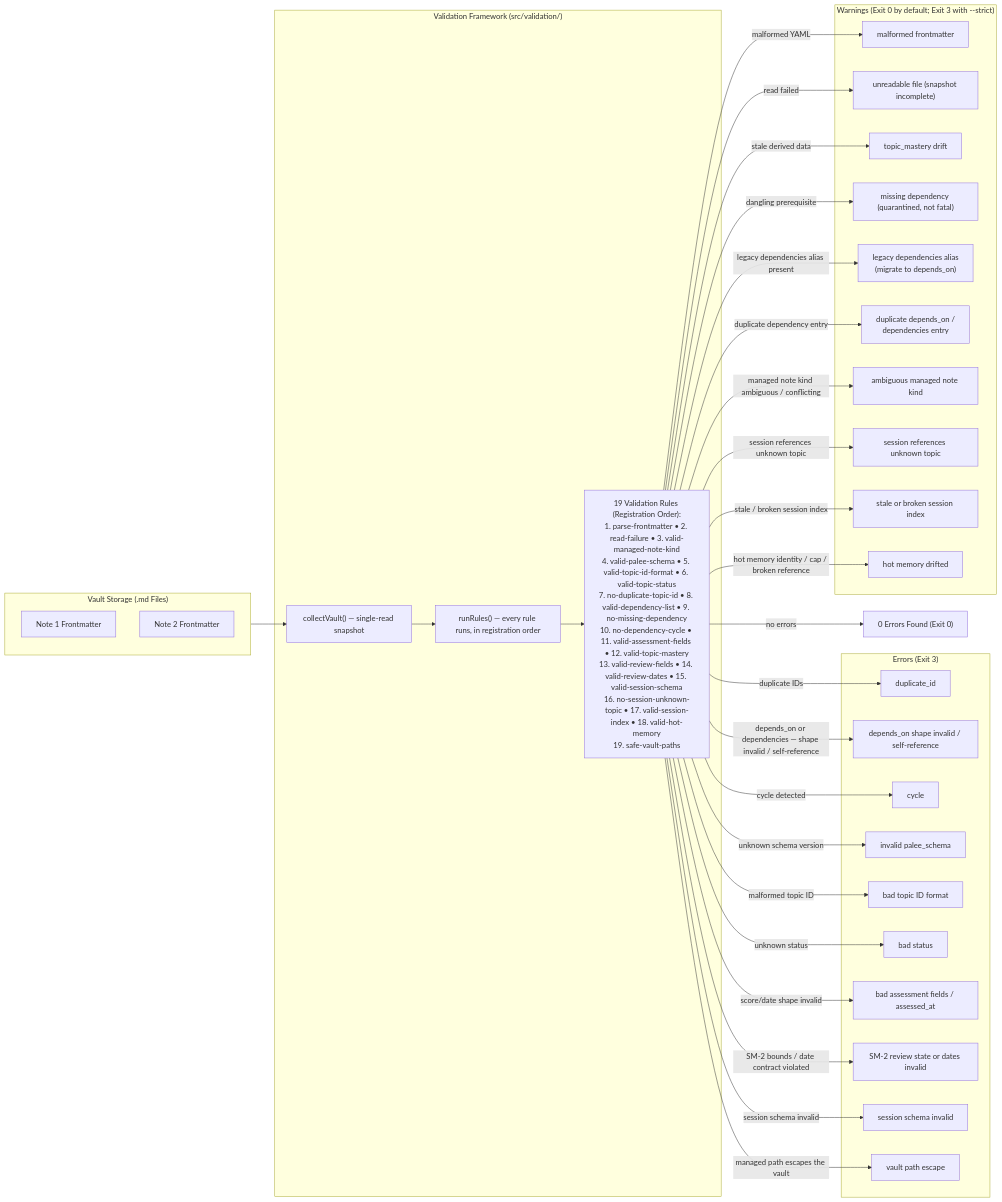
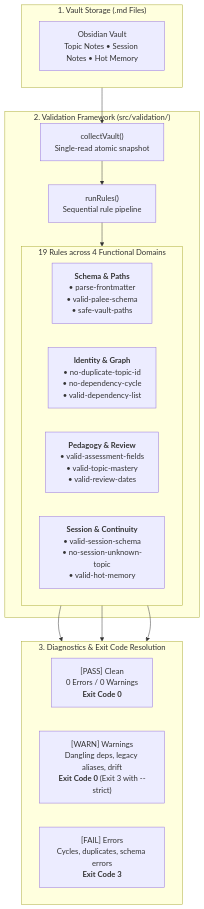
One commit to Kuldeep2822k/cli changed the second of 2 diagrams in docs/02-3-reporting-commands.md. Above: the diagram before and after it, drawn with Mermaid.

Commit message:
refactor(docs): redesign Diagram 12 into modular 3-stage validation pipeline

````diff
--- a/docs/02-3-reporting-commands.md
+++ b/docs/02-3-reporting-commands.md
@@ -214,64 +214,34 @@
 ```mermaid
-flowchart LR
-    subgraph Storage ["Vault Storage (.md Files)"]
-        FM1["Note 1 Frontmatter"]
-        FM2["Note 2 Frontmatter"]
-    end
-    
-    subgraph Analyzer ["Validation Framework (src/validation/)"]
-        Scan["collectVault() — single-read snapshot"]
-        Runner["runRules() — every rule runs, in registration order"]
-        Rules["19 Validation Rules (Registration Order):<br/>1. parse-frontmatter • 2. read-failure • 3. valid-managed-note-kind<br/>4. valid-palee-schema • 5. valid-topic-id-format • 6. valid-topic-status<br/>7. no-duplicate-topic-id • 8. valid-dependency-list • 9. no-missing-dependency<br/>10. no-dependency-cycle • 11. valid-assessment-fields • 12. valid-topic-mastery<br/>13. valid-review-fields • 14. valid-review-dates • 15. valid-session-schema<br/>16. no-session-unknown-topic • 17. valid-session-index • 18. valid-hot-memory<br/>19. safe-vault-paths"]
-    end
-    
-    subgraph Errors ["Errors (Exit 3)"]
-        ErrDup["duplicate_id"]
-        ErrDepShape["depends_on shape invalid / self-reference"]
-        ErrCyc["cycle"]
-        ErrSchema["invalid palee_schema"]
-        ErrId["bad topic ID format"]
-        ErrStatus["bad status"]
-        ErrAssess["bad assessment fields / assessed_at"]
-        ErrReview["SM-2 review state or dates invalid"]
-        ErrSession["session schema invalid"]
-        ErrPaths["vault path escape"]
+flowchart TD
+    subgraph Storage ["1. Vault Storage (.md Files)"]
+        Notes["Obsidian Vault<br/>Topic Notes • Session Notes • Hot Memory"]
     end
 
-    subgraph Warnings ["Warnings (Exit 0 by default; Exit 3 with --strict)"]
-        WarnParse["malformed frontmatter"]
-        WarnRead["unreadable file (snapshot incomplete)"]
-        WarnMastery["topic_mastery drift"]
-        WarnMiss["missing dependency (quarantined, not fatal)"]
-        WarnDepLegacy["legacy dependencies alias<br/>(migrate to depends_on)"]
-        WarnDepDup["duplicate depends_on /<br/>dependencies entry"]
-        WarnKind["ambiguous managed note kind"]
-        WarnSessionTopic["session references unknown topic"]
-        WarnIndex["stale or broken session index"]
-        WarnHot["hot memory drifted"]
+    subgraph Analyzer ["2. Validation Framework (src/validation/)"]
+        Scan["collectVault()<br/>Single-read atomic snapshot"]
+        Run["runRules()<br/>Sequential rule pipeline"]
+
+        subgraph Domains ["19 Rules across 4 Functional Domains"]
+            direction LR
+            D1["<b>Schema & Paths</b><br/>• parse-frontmatter<br/>• valid-palee-schema<br/>• safe-vault-paths"]
+            D2["<b>Identity & Graph</b><br/>• no-duplicate-topic-id<br/>• no-dependency-cycle<br/>• valid-dependency-list"]
+            D3["<b>Pedagogy & Review</b><br/>• valid-assessment-fields<br/>• valid-topic-mastery<br/>• valid-review-dates"]
+            D4["<b>Session & Continuity</b><br/>• valid-session-schema<br/>• no-session-unknown-topic<br/>• valid-hot-memory"]
+        end
+
+        Scan --> Run
+        Run --> Domains
     end
-    
+
+    subgraph Outcomes ["3. Diagnostics & Exit Code Resolution"]
+        direction LR
+        Pass["[PASS] Clean<br/>0 Errors / 0 Warnings<br/><b>Exit Code 0</b>"]
+        Warn["[WARN] Warnings<br/>Dangling deps, legacy aliases, drift<br/><b>Exit Code 0</b> (Exit 3 with --strict)"]
+        Fail["[FAIL] Errors<br/>Cycles, duplicates, schema errors<br/><b>Exit Code 3</b>"]
+    end
+
     Storage --> Scan
-    Scan --> Runner
-    Runner --> Rules
-    Rules -->|"duplicate IDs"| ErrDup
-    Rules -->|"dangling prerequisite"| WarnMiss
-    Rules -->|"depends_on or dependencies — shape invalid / self-reference"| ErrDepShape
-    Rules -->|"cycle detected"| ErrCyc
-    Rules -->|"unknown schema version"| ErrSchema
-    Rules -->|"malformed topic ID"| ErrId
-    Rules -->|"unknown status"| ErrStatus
-    Rules -->|"score/date shape invalid"| ErrAssess
-    Rules -->|"SM-2 bounds / date contract violated"| ErrReview
-    Rules -->|"legacy dependencies alias present"| WarnDepLegacy
-    Rules -->|"duplicate dependency entry"| WarnDepDup
-    Rules -->|"managed note kind ambiguous / conflicting"| WarnKind
-    Rules -->|"session schema invalid"| ErrSession
-    Rules -->|"session references unknown topic"| WarnSessionTopic
-    Rules -->|"stale / broken session index"| WarnIndex
-    Rules -->|"hot memory identity / cap / broken reference"| WarnHot
-    Rules -->|"managed path escapes the vault"| ErrPaths
-    Rules -->|"malformed YAML"| WarnParse
-    Rules -->|"read failed"| WarnRead
-    Rules -->|"stale derived data"| WarnMastery
-    Rules -->|"no errors"| Success["0 Errors Found (Exit 0)"]
+    Domains --> Pass
+    Domains --> Warn
+    Domains --> Fail
 ```
````
